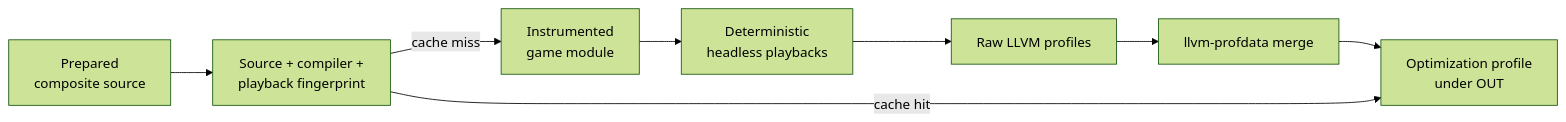
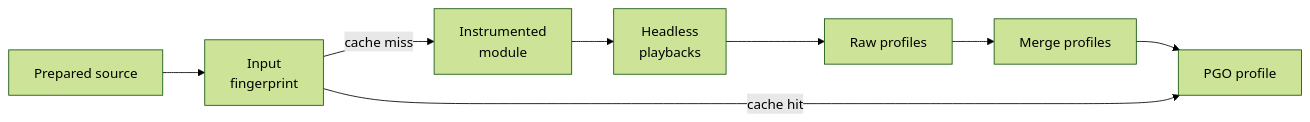
Before and after one commit to Aelbannan/boat_of_daphnes: the ninth of 10 diagrams in docs/architecture/Build.md, drawn with Mermaid (forest theme). The commit also changed other lines of this file, not shown here.

Commit message:
docs: shorten Mermaid node labels

````diff
--- a/docs/architecture/Build.md
+++ b/docs/architecture/Build.md
@@ -464,14 +464,14 @@
 ```mermaid
 flowchart LR
-    Prepared["Prepared<br/>composite source"]
-    Fingerprint["Source + compiler +<br/>playback fingerprint"]
-    Instrumented["Instrumented<br/>game module"]
-    Playback["Deterministic<br/>headless playbacks"]
-    Raw["Raw LLVM profiles"]
-    Merge["llvm-profdata merge"]
-    Profile["Optimization profile<br/>under OUT"]
+    Prepared["Prepared source"]
+    Fingerprint["Input<br/>fingerprint"]
+    Instrumented["Instrumented<br/>module"]
+    Playback["Headless<br/>playbacks"]
+    Raw["Raw profiles"]
+    Merge["Merge profiles"]
+    Profile["PGO profile"]
 
     Prepared --> Fingerprint
     Fingerprint -->|cache miss| Instrumented --> Playback --> Raw --> Merge --> Profile
     Fingerprint -->|cache hit| Profile
 ```
````
